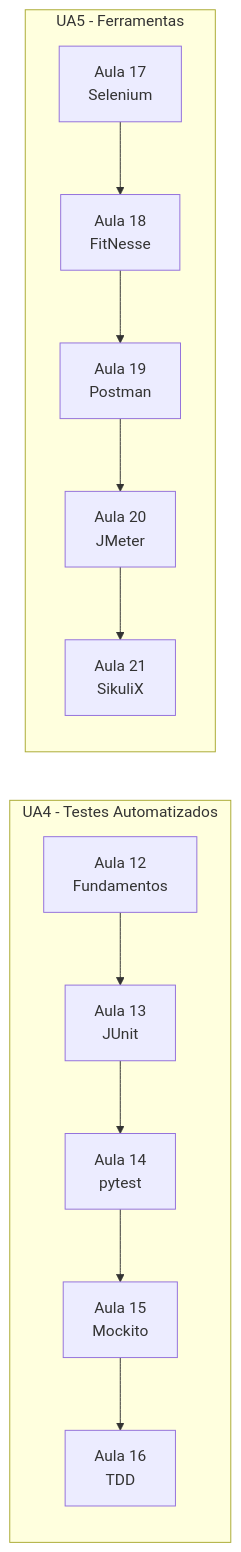
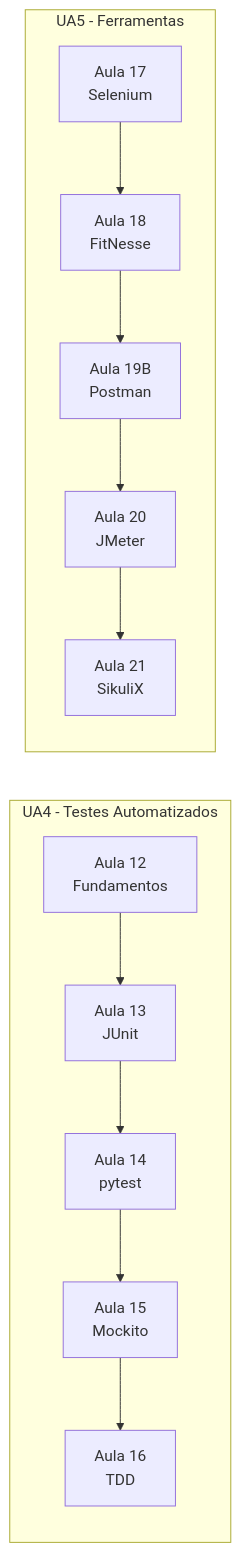
One commit to giovanebarcelos/gqs-sandbox changed the diagram in class12/diagrams/GQS12-D02-flowchart.mmd. Above: the diagram before and after it, drawn with Mermaid. The commit also changed 28 other files, not shown here.

```diff
--- a/class12/diagrams/GQS12-D02-flowchart.mmd
+++ b/class12/diagrams/GQS12-D02-flowchart.mmd
@@ -1,13 +1,13 @@
 flowchart LR
     subgraph UA4[UA4 - Testes Automatizados]
         A12[Aula 12\nFundamentos] --> A13[Aula 13\nJUnit]
         A13 --> A14[Aula 14\npytest]
         A14 --> A15[Aula 15\nMockito]
         A15 --> A16[Aula 16\nTDD]
     end
     subgraph UA5[UA5 - Ferramentas]
         A17[Aula 17\nSelenium] --> A18[Aula 18\nFitNesse]
-        A18 --> A19[Aula 19\nPostman]
+        A18 --> A19[Aula 19B\nPostman]
         A19 --> A20[Aula 20\nJMeter]
         A20 --> A21[Aula 21\nSikuliX]
     end
```
